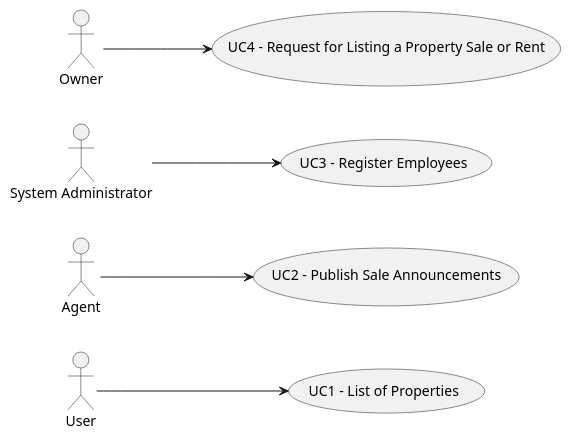
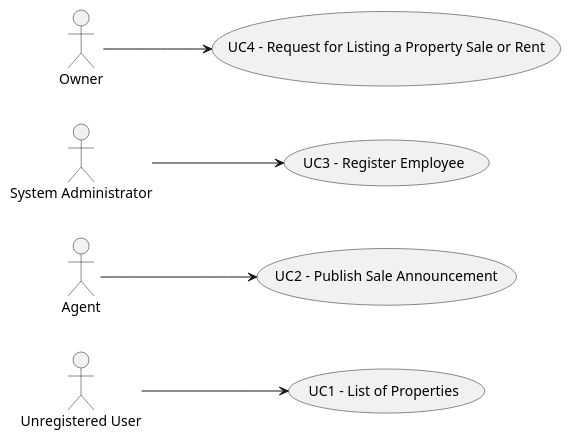
The diagram in docs/sprintA/global-artifacts/01.requirements-engineering/puml/use-case-diagram.puml (PEDROMOREIRA45/lei-23-s2-1dg-g31), drawn with PlantUML before and after one commit. The commit also changed 3 other files, not shown here.

```diff
--- a/docs/sprintA/global-artifacts/01.requirements-engineering/puml/use-case-diagram.puml
+++ b/docs/sprintA/global-artifacts/01.requirements-engineering/puml/use-case-diagram.puml
@@ -1,24 +1,24 @@
 @startuml
 'skinparam monochrome true
 skinparam packageStyle rectangle
 'skinparam shadowing false
 
 skinparam rectangle{
     BorderColor yellow
 }
 
 'title Use Case Diagram Example
 
 left to right direction
 
 usecase "UC1 - List of Properties" as UC1
-User --> UC1
-usecase "UC2 - Publish Sale Announcements" as UC2
+"Unregistered User" --> UC1
+usecase "UC2 - Publish Sale Announcement" as UC2
 Agent --> UC2
-usecase "UC3 - Register Employees" as UC3
+usecase "UC3 - Register Employee" as UC3
 "System Administrator" --> UC3
 usecase "UC4 - Request for Listing a Property Sale or Rent" as UC4
 Owner-->UC4
 
 
 @enduml
```
